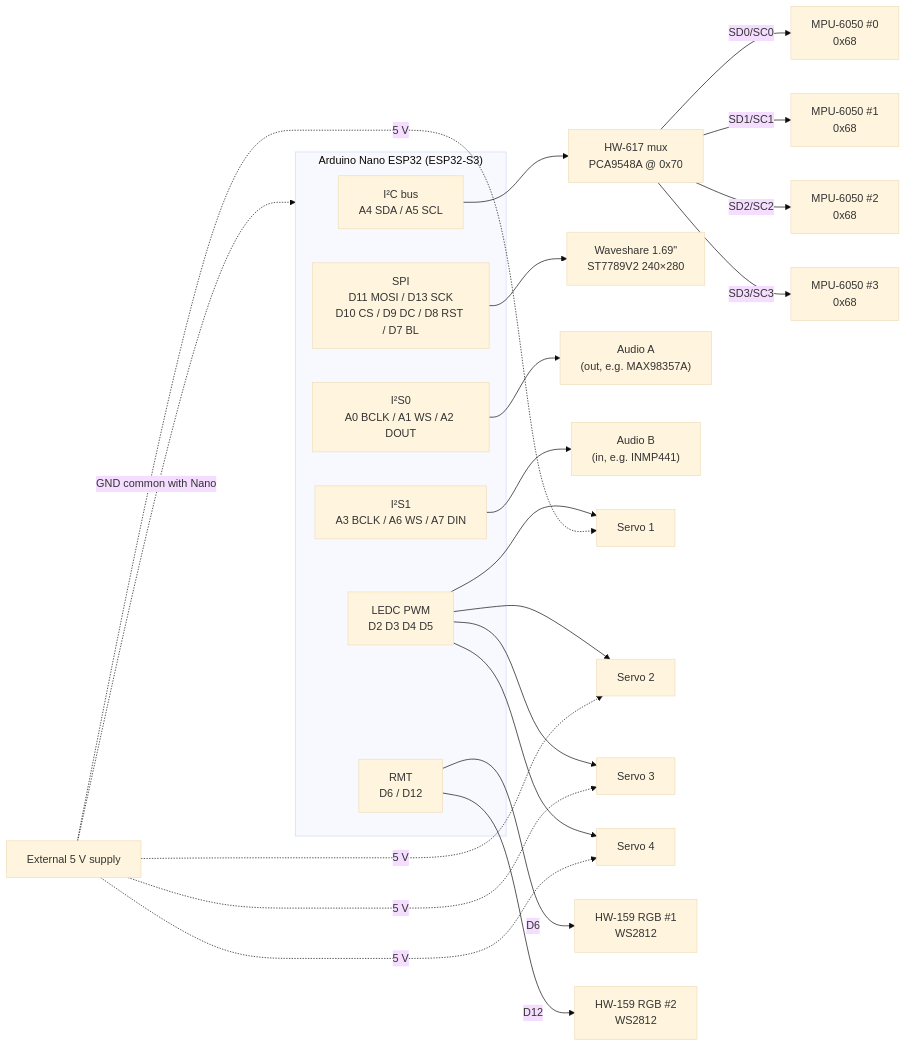
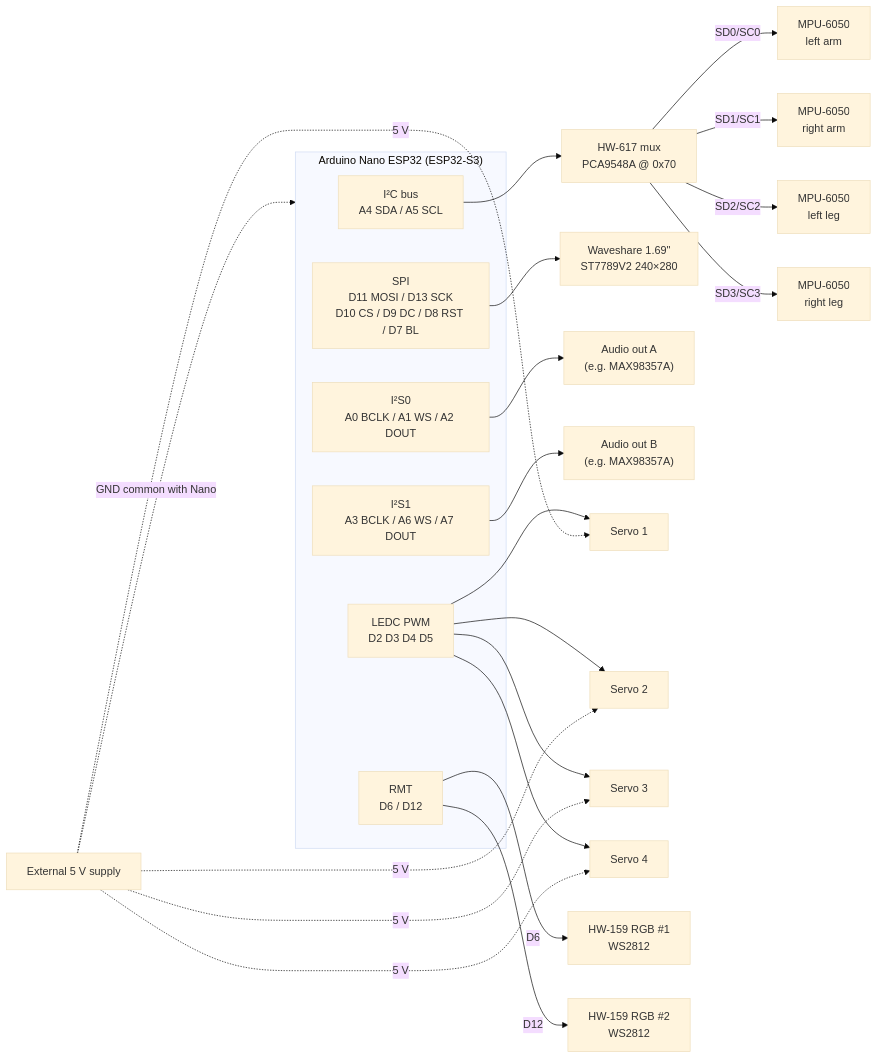
The diagram in README.md (melucasleite/mark85), drawn with Mermaid (base theme) before and after one commit. The commit also changed other lines of this file and 1 other file, not shown here.

Commit message:
Clarify project: Iron Man suit, IMU per limb, both I2S as outputs

````diff
--- a/README.md
+++ b/README.md
@@ -51,33 +55,33 @@
 ```mermaid
 graph LR
     subgraph NANO["Arduino Nano ESP32 (ESP32-S3)"]
         I2C["I²C bus<br/>A4 SDA / A5 SCL"]
         SPI["SPI<br/>D11 MOSI / D13 SCK<br/>D10 CS / D9 DC / D8 RST / D7 BL"]
         I2S0["I²S0<br/>A0 BCLK / A1 WS / A2 DOUT"]
-        I2S1["I²S1<br/>A3 BCLK / A6 WS / A7 DIN"]
+        I2S1["I²S1<br/>A3 BCLK / A6 WS / A7 DOUT"]
         PWM["LEDC PWM<br/>D2 D3 D4 D5"]
         RMT["RMT<br/>D6 / D12"]
     end
 
     I2C --> MUX["HW-617 mux<br/>PCA9548A @ 0x70"]
-    MUX -- "SD0/SC0" --> IMU0["MPU-6050 #0<br/>0x68"]
-    MUX -- "SD1/SC1" --> IMU1["MPU-6050 #1<br/>0x68"]
-    MUX -- "SD2/SC2" --> IMU2["MPU-6050 #2<br/>0x68"]
-    MUX -- "SD3/SC3" --> IMU3["MPU-6050 #3<br/>0x68"]
+    MUX -- "SD0/SC0" --> IMU0["MPU-6050<br/>left arm"]
+    MUX -- "SD1/SC1" --> IMU1["MPU-6050<br/>right arm"]
+    MUX -- "SD2/SC2" --> IMU2["MPU-6050<br/>left leg"]
+    MUX -- "SD3/SC3" --> IMU3["MPU-6050<br/>right leg"]
 
     SPI --> LCD["Waveshare 1.69&quot;<br/>ST7789V2 240×280"]
 
-    I2S0 --> AUDA["Audio A<br/>(out, e.g. MAX98357A)"]
-    I2S1 --> AUDB["Audio B<br/>(in, e.g. INMP441)"]
+    I2S0 --> AUDA["Audio out A<br/>(e.g. MAX98357A)"]
+    I2S1 --> AUDB["Audio out B<br/>(e.g. MAX98357A)"]
 
     PWM --> S1["Servo 1"]
     PWM --> S2["Servo 2"]
     PWM --> S3["Servo 3"]
     PWM --> S4["Servo 4"]
 
     RMT -- "D6" --> RGB1["HW-159 RGB #1<br/>WS2812"]
     RMT -- "D12" --> RGB2["HW-159 RGB #2<br/>WS2812"]
 
     PSU["External 5 V supply"] -.->|"5 V"| S1 & S2 & S3 & S4
     PSU -.->|"GND common with Nano"| NANO
 ```
````
